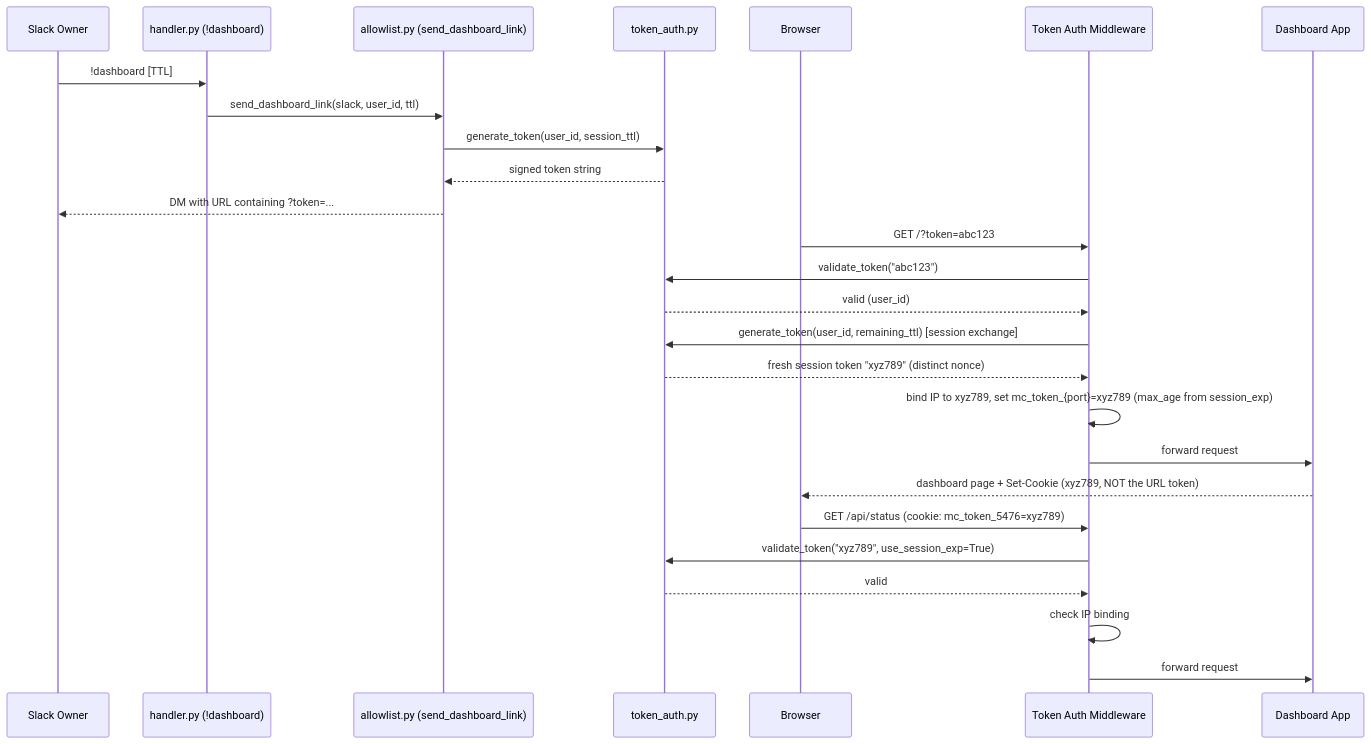
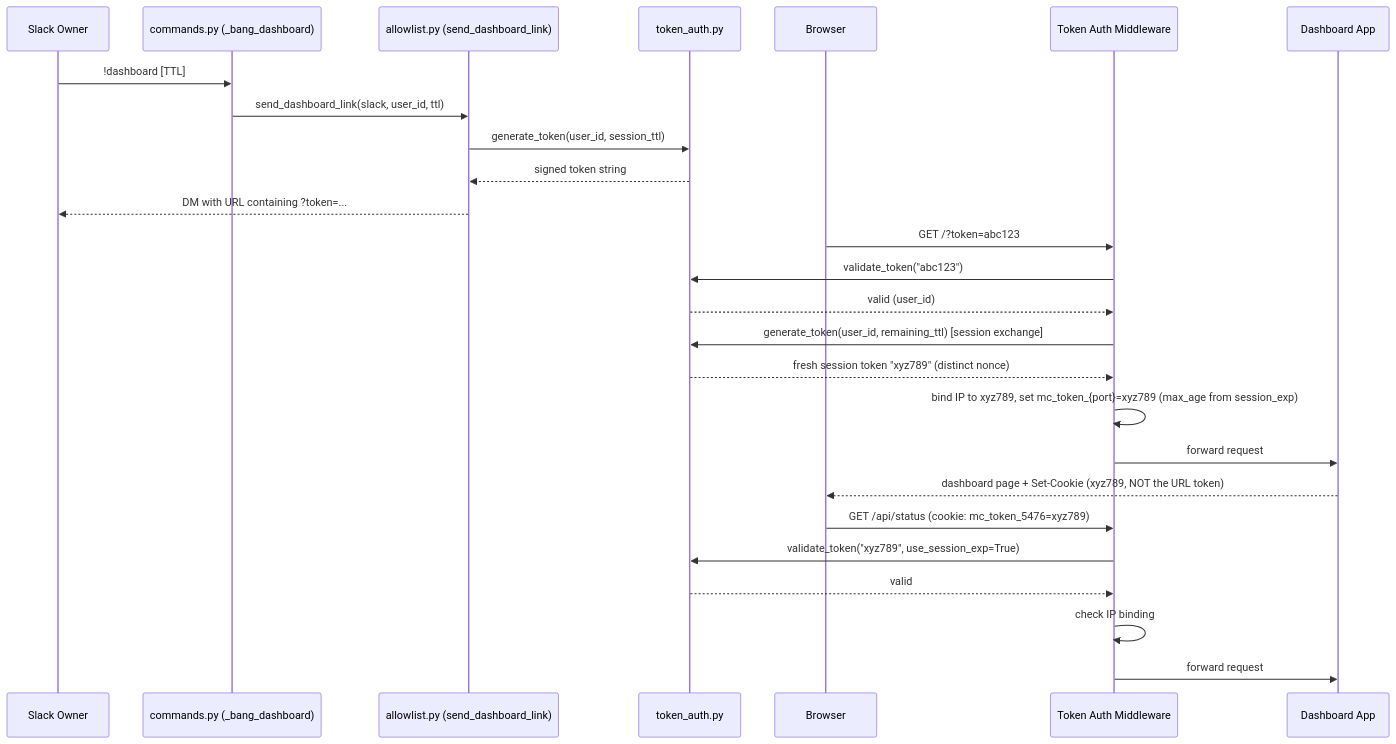
Before and after one commit to Alexander-Yuan/KiroCrew: the first of 2 diagrams in docs/system-specs/modules/dashboard-token-auth.md, drawn with Mermaid. The commit also changed other lines of this file and 625 other files, not shown here.

````diff
--- a/docs/system-specs/modules/dashboard-token-auth.md
+++ b/docs/system-specs/modules/dashboard-token-auth.md
@@ -58,31 +58,31 @@
 ```mermaid
 sequenceDiagram
     participant Owner as Slack Owner
-    participant Handler as handler.py (!dashboard)
+    participant Handler as commands.py (_bang_dashboard)
     participant Allowlist as allowlist.py (send_dashboard_link)
     participant TokenGen as token_auth.py
     participant Browser as Browser
     participant MW as Token Auth Middleware
     participant App as Dashboard App
 
     Owner->>Handler: !dashboard [TTL]
     Handler->>Allowlist: send_dashboard_link(slack, user_id, ttl)
     Allowlist->>TokenGen: generate_token(user_id, session_ttl)
     TokenGen-->>Allowlist: signed token string
     Allowlist-->>Owner: DM with URL containing ?token=...
 
     Browser->>MW: GET /?token=abc123
     MW->>TokenGen: validate_token("abc123")
     TokenGen-->>MW: valid (user_id)
     MW->>TokenGen: generate_token(user_id, remaining_ttl)  [session exchange]
     TokenGen-->>MW: fresh session token "xyz789" (distinct nonce)
     MW->>MW: bind IP to xyz789, set mc_token_{port}=xyz789 (max_age from session_exp)
     MW->>App: forward request
     App-->>Browser: dashboard page + Set-Cookie (xyz789, NOT the URL token)
 
     Browser->>MW: GET /api/status (cookie: mc_token_5476=xyz789)
     MW->>TokenGen: validate_token("xyz789", use_session_exp=True)
     TokenGen-->>MW: valid
     MW->>MW: check IP binding
     MW->>App: forward request
 ```
````
